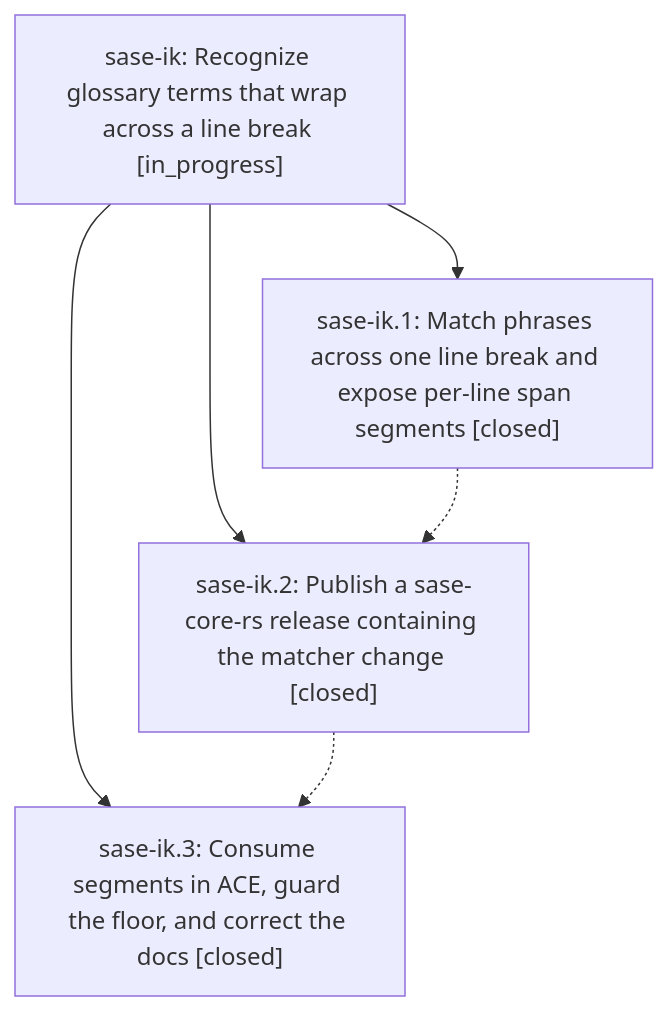
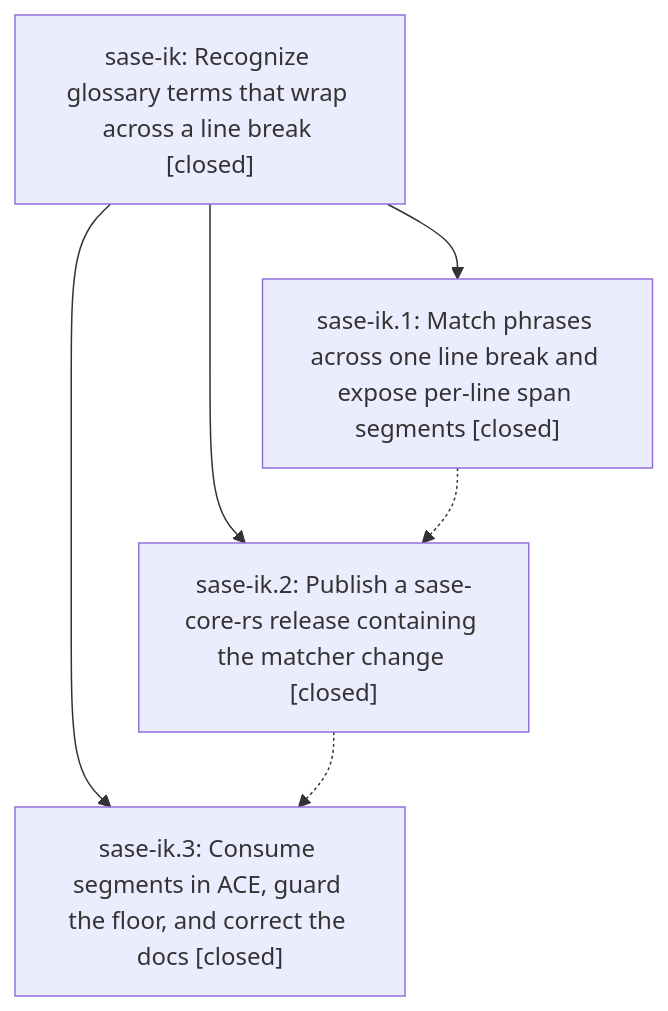
Before and after one commit to sase-org/sase--beads: the diagram in pages/sase-ik/README.md, drawn with Mermaid. The commit also changed other lines of this file and 1 other file, not shown here.

First line of the commit message:
chore(beads): sync bead state and pages for sase-ik

````diff
--- a/pages/sase-ik/README.md
+++ b/pages/sase-ik/README.md
@@ -24,12 +30,12 @@
 ```mermaid
 flowchart TD
-    n0["sase-ik: Recognize glossary terms that wrap across a line break [in_progress]"]
+    n0["sase-ik: Recognize glossary terms that wrap across a line break [closed]"]
     n1["sase-ik.1: Match phrases across one line break and expose per-line span segments [closed]"]
     n2["sase-ik.2: Publish a sase-core-rs release containing the matcher change [closed]"]
     n3["sase-ik.3: Consume segments in ACE, guard the floor, and correct the docs [closed]"]
     n0 --> n1
     n0 --> n2
     n0 --> n3
     n1 -.-> n2
     n2 -.-> n3
 ```
````
